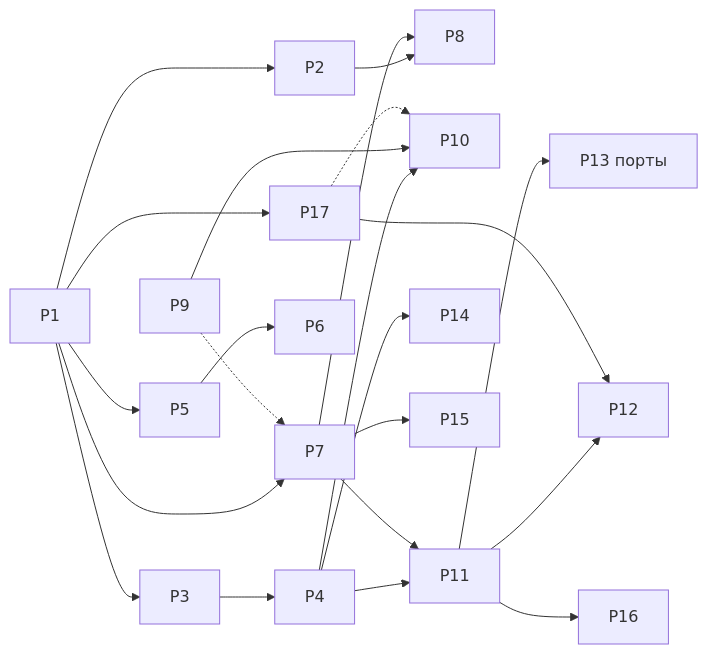
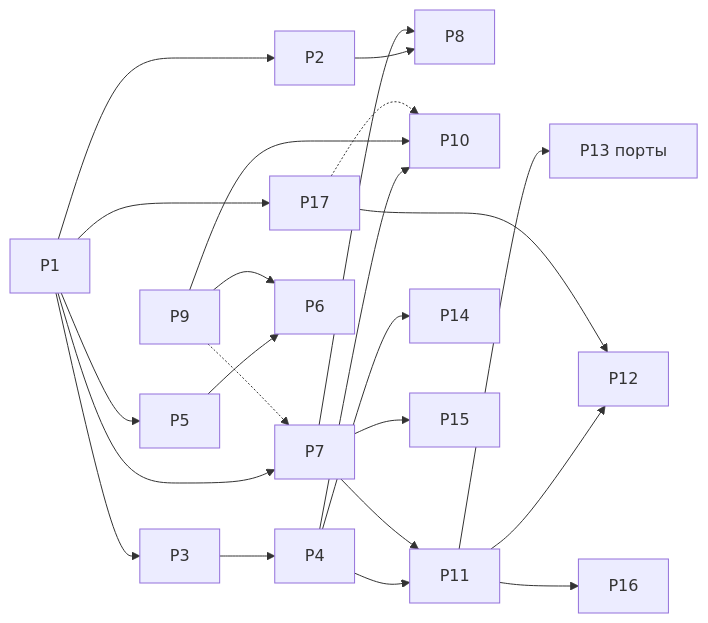
One commit to arynyklas/open-ncalayer changed the third of 3 diagrams in docs/design/roadmap.md. Above: the diagram before and after it, drawn with Mermaid. The commit also changed other lines of this file, not shown here.

Commit message:
docs: P6 Win7 carry-forwards, P17 token/state fixes, CI first-push check

````diff
--- a/docs/design/roadmap.md
+++ b/docs/design/roadmap.md
@@ -150,17 +150,17 @@
 ```mermaid
 flowchart LR
   P1 --> P2 & P3 & P5 & P7
   P3 --> P4
-  P5 --> P6
+  P5 & P9 --> P6
   P2 & P7 --> P8
   P4 --> P10 & P11 & P14
   P9 --> P10
   P11 --> P12 & P13[P13 порты]
   P7 --> P15
   P9 -.-> P7
   P11 --> P16
   P7 --> P11
   P1 --> P17
   P17 --> P12
   P17 -.-> P10
 ```
````
